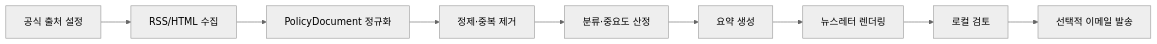
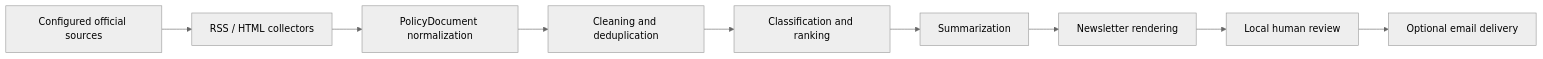
The diagram in README.md (kbh1795-sketch/Policybrief-G2C), drawn with Mermaid (neutral theme) before and after one commit. The commit also changed other lines of this file, not shown here.

````diff
--- a/README.md
+++ b/README.md
@@ -19,11 +61,11 @@
 ```mermaid
 flowchart LR
-  A["공식 출처 설정"] --> B["RSS/HTML 수집"]
-  B --> C["PolicyDocument 정규화"]
-  C --> D["정제·중복 제거"]
-  D --> E["분류·중요도 산정"]
-  E --> F["요약 생성"]
-  F --> G["뉴스레터 렌더링"]
-  G --> H["로컬 검토"]
-  H --> I["선택적 이메일 발송"]
+  A["Configured official sources"] --> B["RSS / HTML collectors"]
+  B --> C["PolicyDocument normalization"]
+  C --> D["Cleaning and deduplication"]
+  D --> E["Classification and ranking"]
+  E --> F["Summarization"]
+  F --> G["Newsletter rendering"]
+  G --> H["Local human review"]
+  H --> I["Optional email delivery"]
 ```
````
